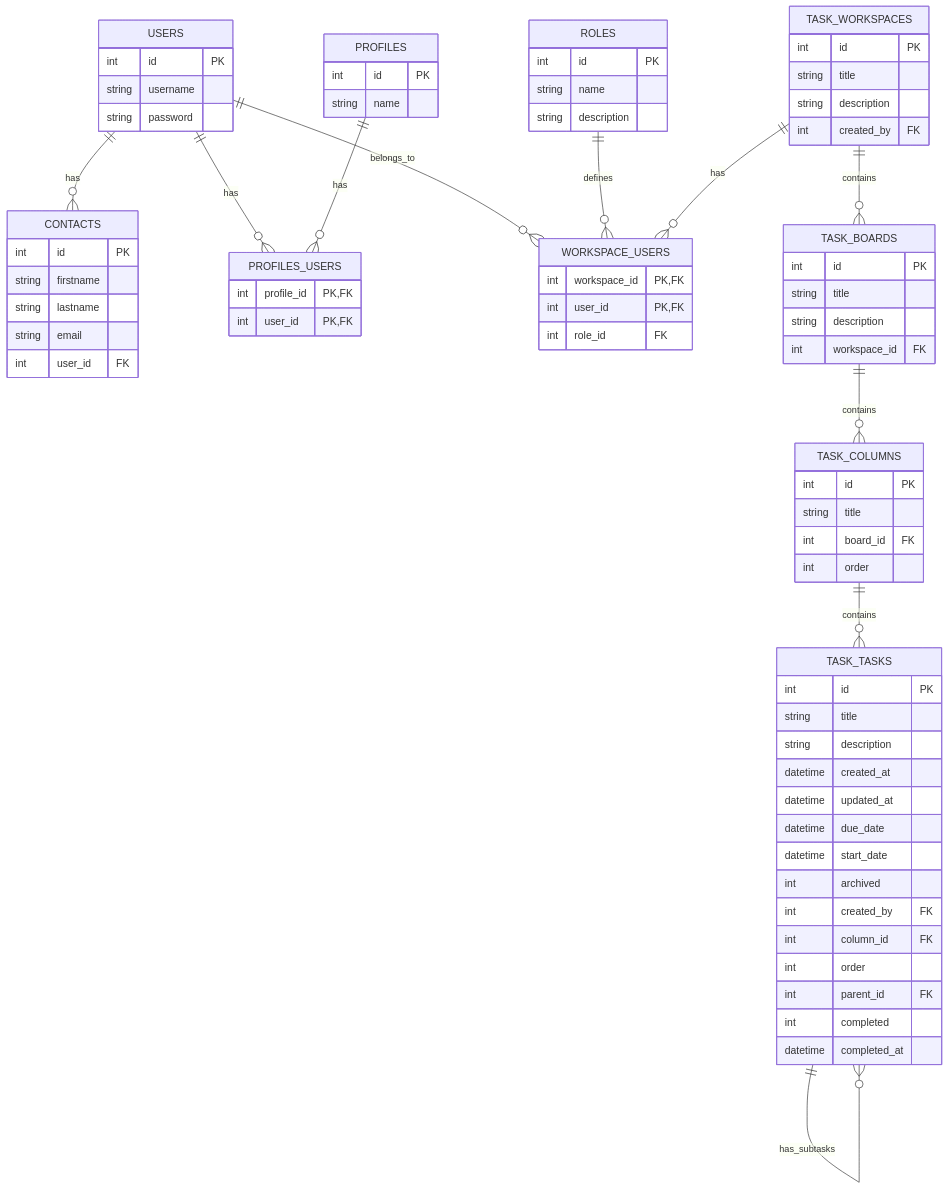
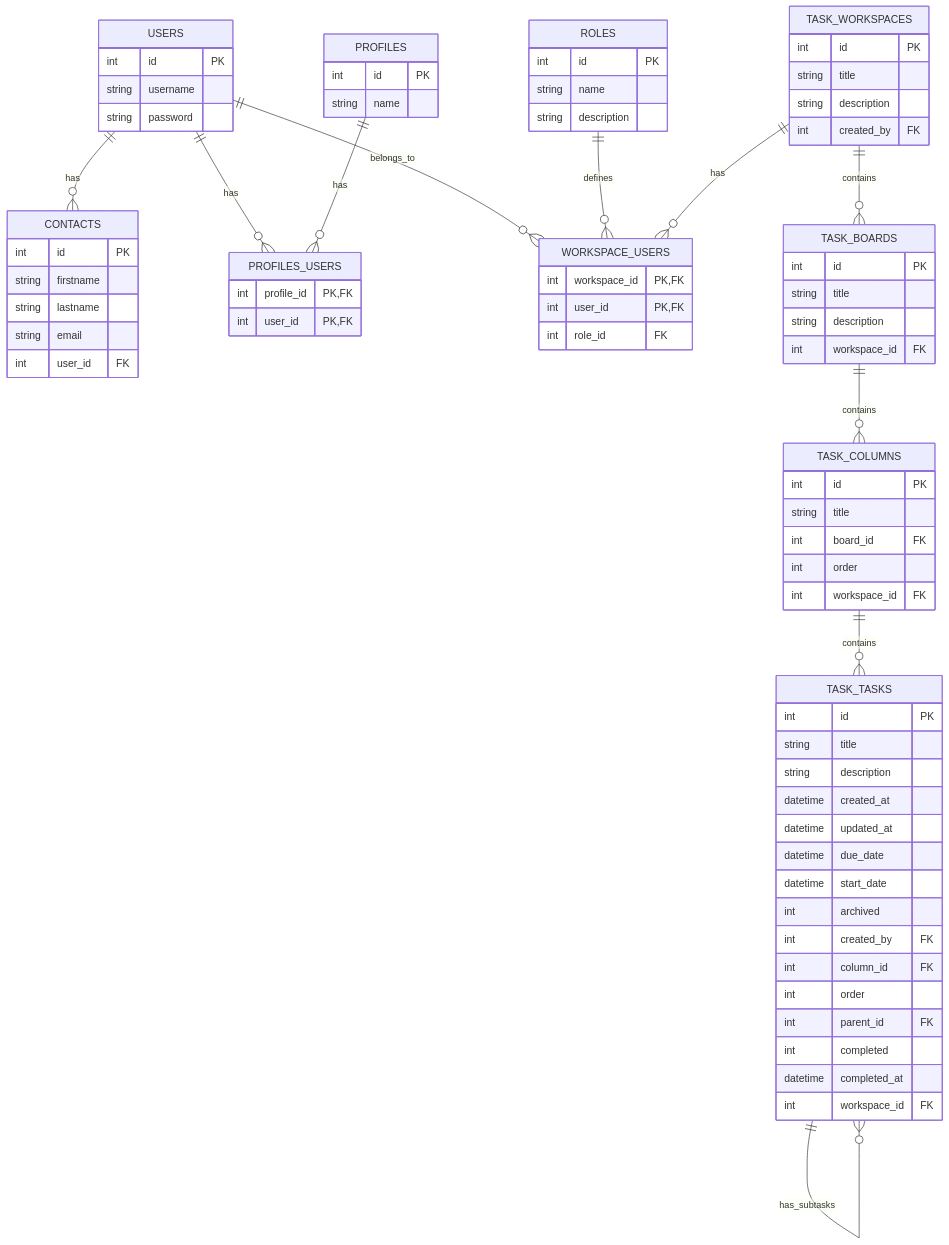
One commit to EmilienBilly/sojatask changed the diagram in README.md. Above: the diagram before and after it, drawn with Mermaid. The commit also changed other lines of this file, not shown here.

Commit message:
docs(README): update database schema with multi-tenancy and workspace details
- Add detailed explanation of multi-tenancy architecture
- Introduce WithWorkspace mixin and its benefits
- Explain workspace-related table relationships
- Describe table naming convention with 'task_' prefix
- Refactor and improve schema documentation

````diff
--- a/README.md
+++ b/README.md
@@ -14,87 +14,79 @@
 ```mermaid
 erDiagram
-    USERS {
-        int id PK
-        string username
-        string password
-    }
-
-    CONTACTS {
-        int id PK
-        string firstname
-        string lastname
-        string email
-        int user_id FK
-    }
-
-    PROFILES {
-        int id PK
-        string name
-    }
-
-    PROFILES_USERS {
-        int profile_id PK,FK
-        int user_id PK,FK
-    }
-
-    ROLES {
-        int id PK
-        string name
-        string description
-    }
-
-    WORKSPACE_USERS {
-        int workspace_id PK,FK
-        int user_id PK,FK
-        int role_id FK
-    }
-
-    TASK_WORKSPACES {
-        int id PK
-        string title
-        string description
-        int created_by FK
-    }
-
-    TASK_BOARDS {
-        int id PK
-        string title
-        string description
-        int workspace_id FK
-    }
-
-    TASK_COLUMNS {
-        int id PK
-        string title
-        int board_id FK
-        int order
-    }
-
-    TASK_TASKS {
-        int id PK
-        string title
-        string description
-        datetime created_at
-        datetime updated_at
-        datetime due_date
-        datetime start_date
-        int archived
-        int created_by FK
-        int column_id FK
-        int order
-        int parent_id FK
-        int completed
-        datetime completed_at
-    }
-
-    USERS ||--o{ CONTACTS : has
-    USERS ||--o{ PROFILES_USERS : has
-    PROFILES ||--o{ PROFILES_USERS : has
-    USERS ||--o{ WORKSPACE_USERS : belongs_to
-    ROLES ||--o{ WORKSPACE_USERS : defines
-    TASK_WORKSPACES ||--o{ WORKSPACE_USERS : has
-    TASK_WORKSPACES ||--o{ TASK_BOARDS : contains
-    TASK_BOARDS ||--o{ TASK_COLUMNS : contains
-    TASK_COLUMNS ||--o{ TASK_TASKS : contains
-    TASK_TASKS ||--o{ TASK_TASKS : has_subtasks
+USERS {
+int id PK
+string username
+string password
+}
+CONTACTS {
+int id PK
+string firstname
+string lastname
+string email
+int user_id FK
+}
+PROFILES {
+int id PK
+string name
+}
+PROFILES_USERS {
+int profile_id PK,FK
+int user_id PK,FK
+}
+ROLES {
+int id PK
+string name
+string description
+}
+WORKSPACE_USERS {
+int workspace_id PK,FK
+int user_id PK,FK
+int role_id FK
+}
+TASK_WORKSPACES {
+int id PK
+string title
+string description
+int created_by FK
+}
+TASK_BOARDS {
+int id PK
+string title
+string description
+int workspace_id FK
+}
+TASK_COLUMNS {
+int id PK
+string title
+int board_id FK
+int order
+int workspace_id FK
+}
+TASK_TASKS {
+int id PK
+string title
+string description
+datetime created_at
+datetime updated_at
+datetime due_date
+datetime start_date
+int archived
+int created_by FK
+int column_id FK
+int order
+int parent_id FK
+int completed
+datetime completed_at
+int workspace_id FK
+}
+USERS ||--o{ CONTACTS : has
+USERS ||--o{ PROFILES_USERS : has
+PROFILES ||--o{ PROFILES_USERS : has
+USERS ||--o{ WORKSPACE_USERS : belongs_to
+ROLES ||--o{ WORKSPACE_USERS : defines
+TASK_WORKSPACES ||--o{ WORKSPACE_USERS : has
+TASK_WORKSPACES ||--o{ TASK_BOARDS : contains
+TASK_BOARDS ||--o{ TASK_COLUMNS : contains
+TASK_COLUMNS ||--o{ TASK_TASKS : contains
+TASK_TASKS ||--o{ TASK_TASKS : has_subtasks
 ```
````
